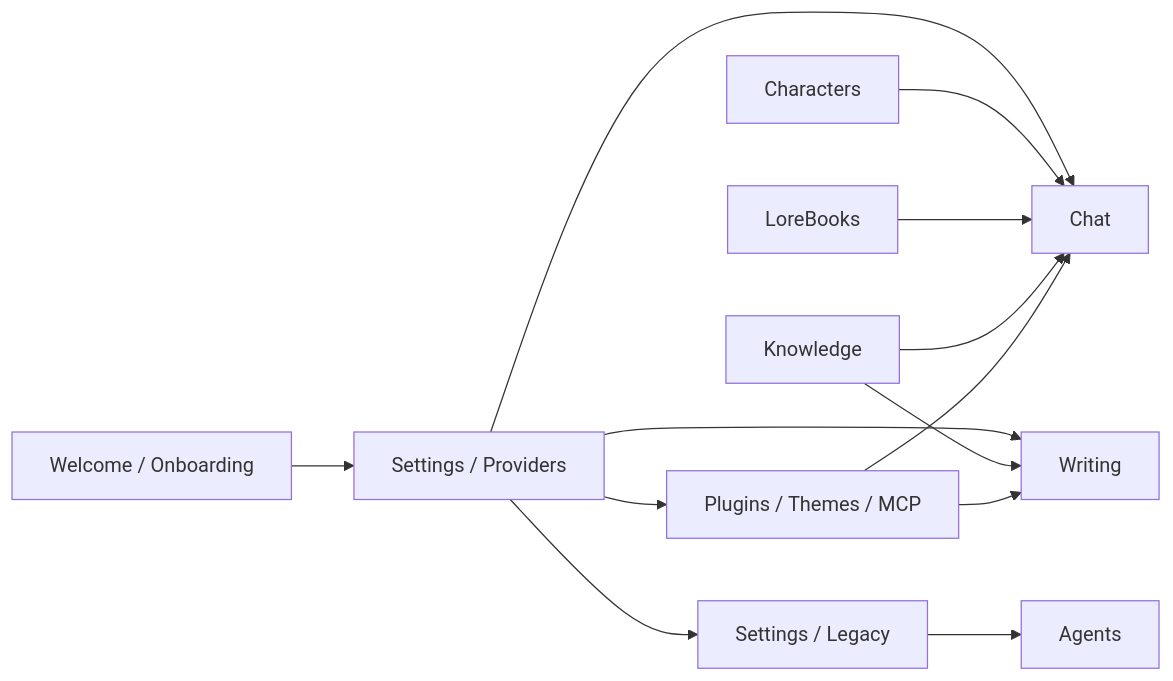
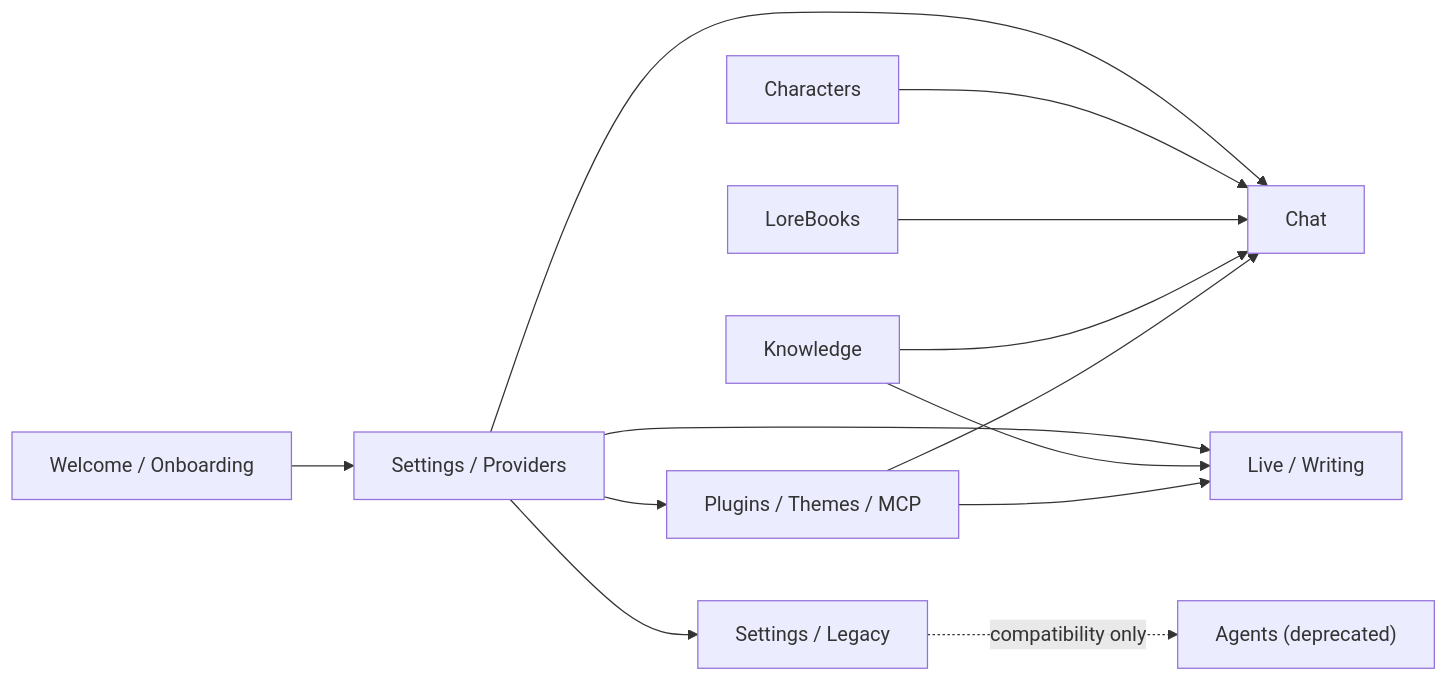
One commit to tg-prplx/vellium changed the diagram in docs/vellium/README.md. Above: the diagram before and after it, drawn with Mermaid. The commit also changed other lines of this file and 56 other files, not shown here.

````diff
--- a/docs/vellium/README.md
+++ b/docs/vellium/README.md
@@ -39,15 +45,15 @@
 ```mermaid
 flowchart LR
   A["Welcome / Onboarding"] --> B["Settings / Providers"]
   B --> C["Chat"]
-  B --> D["Writing"]
+  B --> D["Live / Writing"]
   E["Characters"] --> C
   F["LoreBooks"] --> C
   G["Knowledge"] --> C
   G --> D
   B --> H["Plugins / Themes / MCP"]
   B --> I["Settings / Legacy"]
-  I --> J["Agents"]
+  I -. compatibility only .-> J["Agents (deprecated)"]
   H --> C
   H --> D
 ```
````
